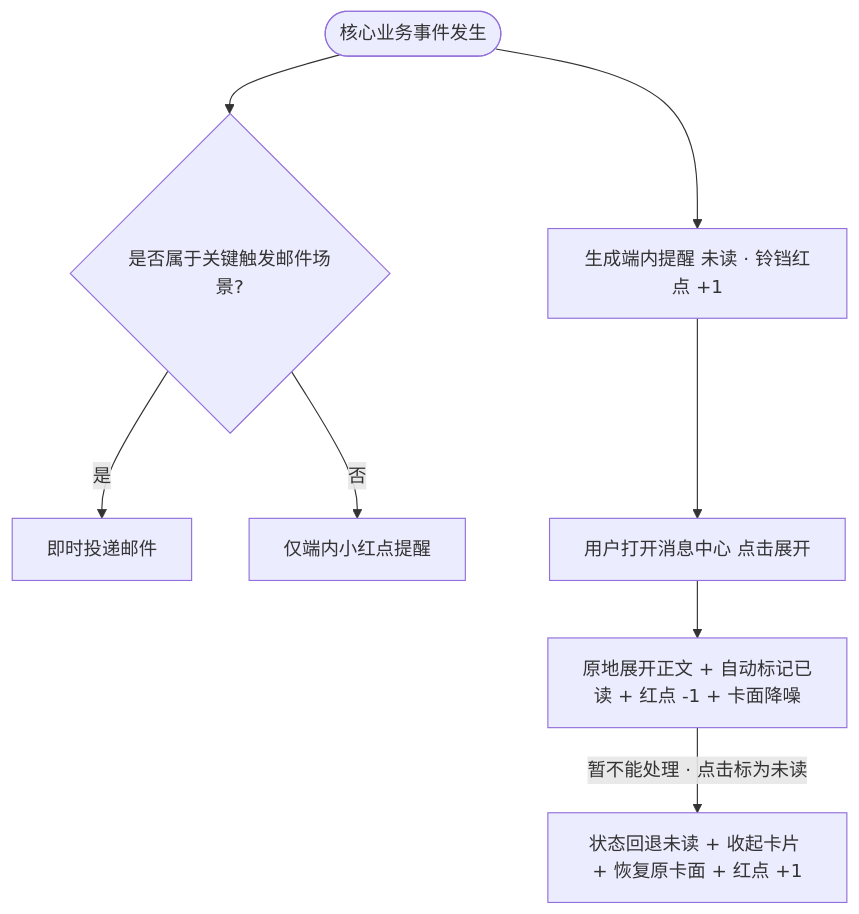
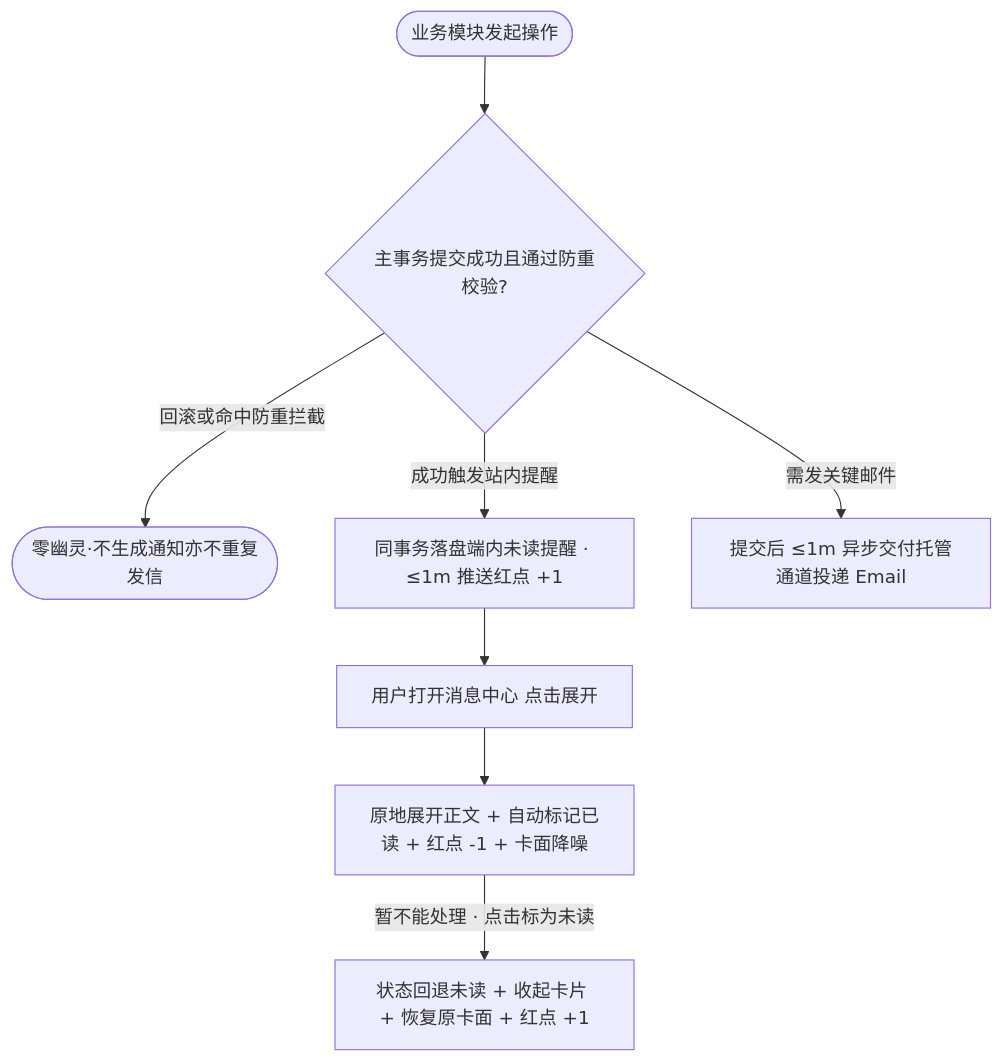
The second of 2 diagrams in docs/prd/m4_notification.md (Onezao/dream), drawn with Mermaid before and after one commit. The commit also changed other lines of this file and 34 other files, not shown here.

````diff
--- a/docs/prd/m4_notification.md
+++ b/docs/prd/m4_notification.md
@@ -165,10 +178,10 @@
 ```mermaid
 flowchart TD
-    Event([核心业务事件发生]) --> CreateInApp[生成端内提醒 未读 · 铃铛红点 +1]
-    Event --> CheckEmail{是否属于关键触发邮件场景?}
-    CheckEmail -- 是 --> SendEmail[即时投递邮件]
-    CheckEmail -- 否 --> OnlyInApp[仅端内小红点提醒]
+    BizModule([业务模块发起操作]) --> TxCommit{主事务提交成功且通过防重校验?}
+    TxCommit -- 回滚或命中防重拦截 --> Stop([零幽灵·不生成通知亦不重复发信])
+    TxCommit -- 成功触发站内提醒 --> CreateInApp[同事务落盘端内未读提醒 · ≤1m 推送红点 +1]
+    TxCommit -- 需发关键邮件 --> SendEmail[提交后 ≤1m 异步交付托管通道投递 Email]
     CreateInApp --> UserClick[用户打开消息中心 点击展开]
     UserClick --> MarkRead[原地展开正文 + 自动标记已读 + 红点 -1 + 卡面降噪]
     MarkRead -->|暂不能处理 · 点击标为未读| RevertUnread[状态回退未读 + 收起卡片 + 恢复原卡面 + 红点 +1]
 ```
````
